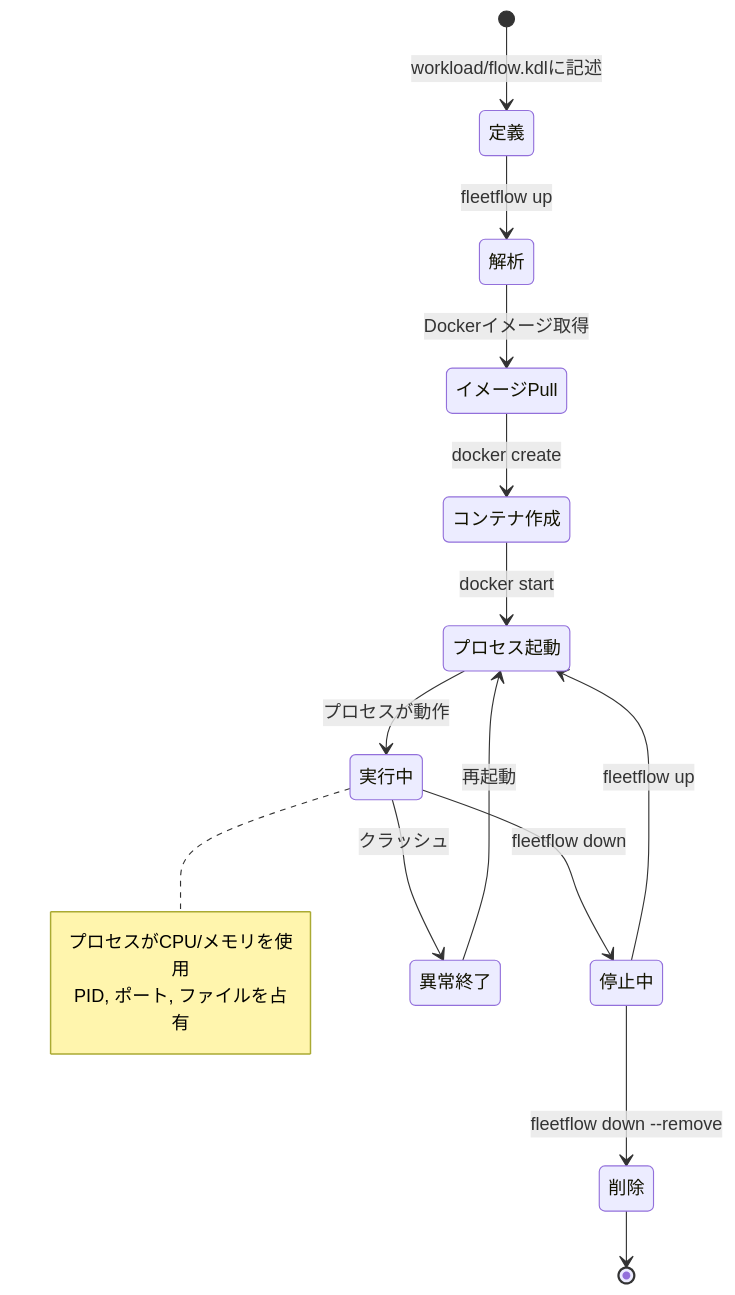
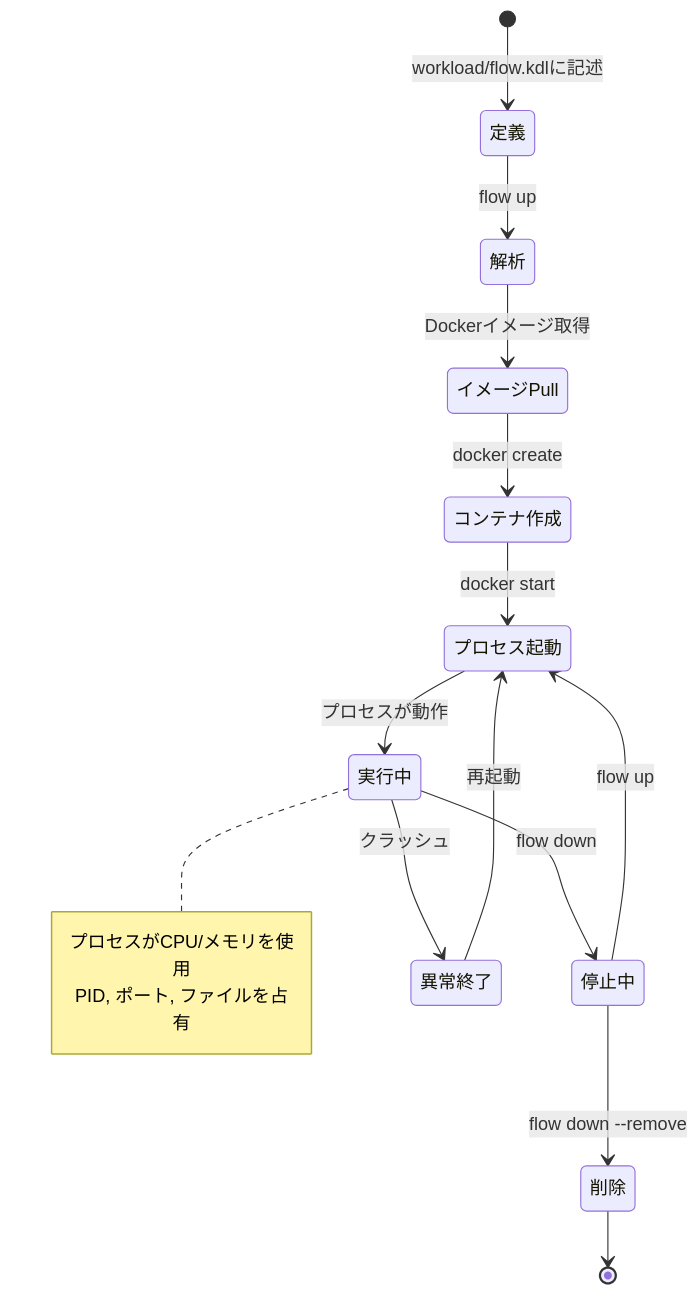
Before and after one commit to chronista-club/fleetflow: the fourth of 4 diagrams in spec/01-core-concepts.md, drawn with Mermaid. The commit also changed other lines of this file and 34 other files, not shown here.

First line of the commit message:
docs: CLI名称を flow に統一

````diff
--- a/spec/01-core-concepts.md
+++ b/spec/01-core-concepts.md
@@ -84,23 +84,23 @@
 ```mermaid
 stateDiagram-v2
     [*] --> 定義: workload/flow.kdlに記述
-    定義 --> 解析: fleetflow up
+    定義 --> 解析: flow up
     解析 --> イメージPull: Dockerイメージ取得
     イメージPull --> コンテナ作成: docker create
     コンテナ作成 --> プロセス起動: docker start
     プロセス起動 --> 実行中: プロセスが動作
 
-    実行中 --> 停止中: fleetflow down
-    停止中 --> プロセス起動: fleetflow up
+    実行中 --> 停止中: flow down
+    停止中 --> プロセス起動: flow up
 
     実行中 --> 異常終了: クラッシュ
     異常終了 --> プロセス起動: 再起動
 
-    停止中 --> 削除: fleetflow down --remove
+    停止中 --> 削除: flow down --remove
     削除 --> [*]
 
     note right of 実行中
         プロセスがCPU/メモリを使用
         PID, ポート, ファイルを占有
     end note
 ```
````
